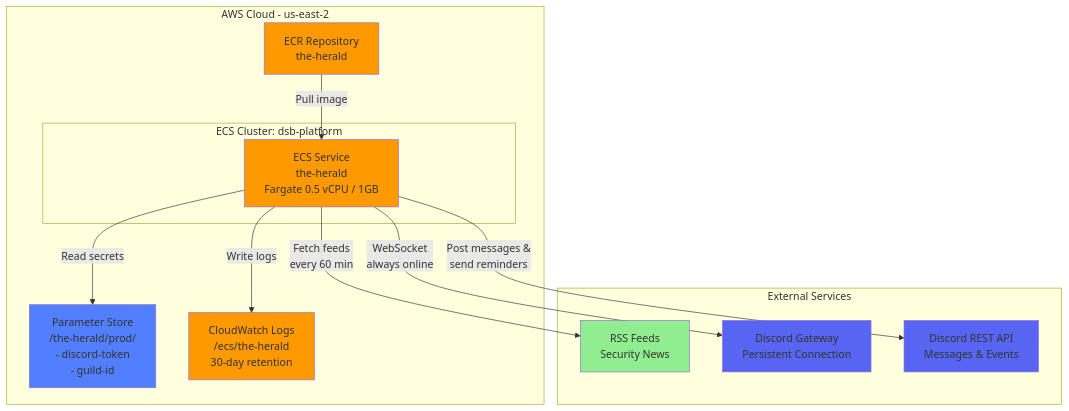
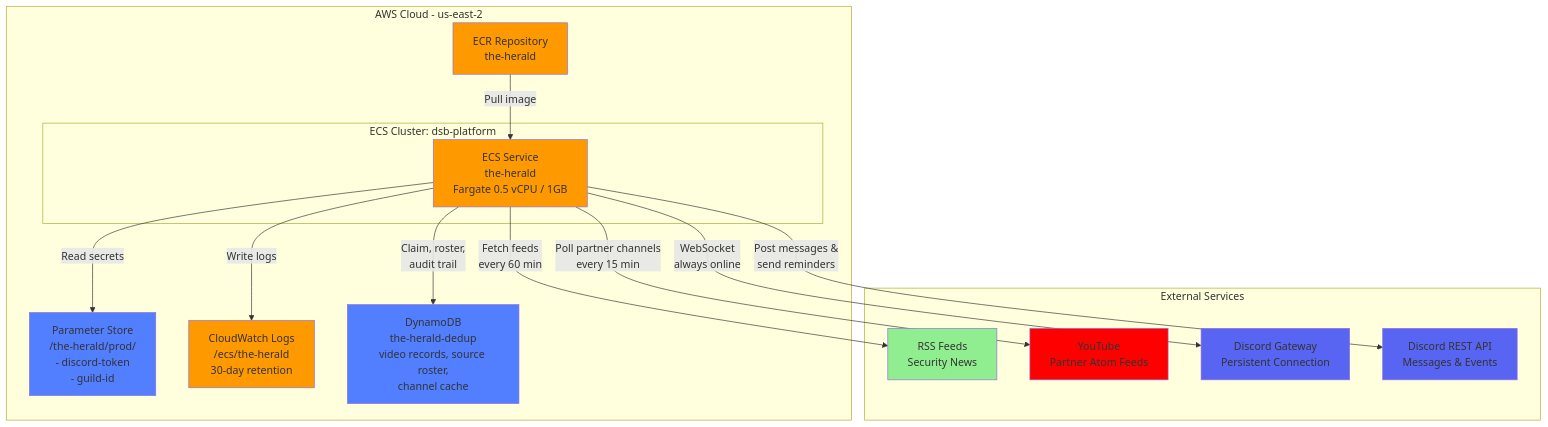
Before and after one commit to devsecblueprint/the-herald: the diagram in README.md, drawn with Mermaid. The commit also changed other lines of this file and 41 other files, not shown here.

First line of the commit message:
feat: announce partner YouTube uploads in #content-corner

````diff
--- a/README.md
+++ b/README.md
@@ -38,34 +44,40 @@
 ```mermaid
 graph TB
     subgraph "AWS Cloud - us-east-2"
         subgraph "ECS Cluster: dsb-platform"
             SVC[ECS Service<br/>the-herald<br/>Fargate 0.5 vCPU / 1GB]
         end
 
         ECR[ECR Repository<br/>the-herald]
         PS[Parameter Store<br/>/the-herald/prod/<br/>- discord-token<br/>- guild-id]
         CW[CloudWatch Logs<br/>/ecs/the-herald<br/>30-day retention]
+        DDB[DynamoDB<br/>the-herald-dedup<br/>video records, source roster,<br/>channel cache]
 
         ECR -->|Pull image| SVC
         SVC -->|Read secrets| PS
         SVC -->|Write logs| CW
+        SVC -->|Claim, roster,<br/>audit trail| DDB
     end
 
     subgraph "External Services"
         RSS[RSS Feeds<br/>Security News]
+        YT[YouTube<br/>Partner Atom Feeds]
         DC[Discord Gateway<br/>Persistent Connection]
         DAPI[Discord REST API<br/>Messages & Events]
     end
 
     SVC -->|Fetch feeds<br/>every 60 min| RSS
+    SVC -->|Poll partner channels<br/>every 15 min| YT
     SVC -->|WebSocket<br/>always online| DC
     SVC -->|Post messages &<br/>send reminders| DAPI
 
     style SVC fill:#FF9900
     style ECR fill:#FF9900
     style PS fill:#527FFF
     style CW fill:#FF9900
+    style DDB fill:#527FFF
     style RSS fill:#90EE90
+    style YT fill:#FF0000
     style DC fill:#5865F2
     style DAPI fill:#5865F2
 ```
````
